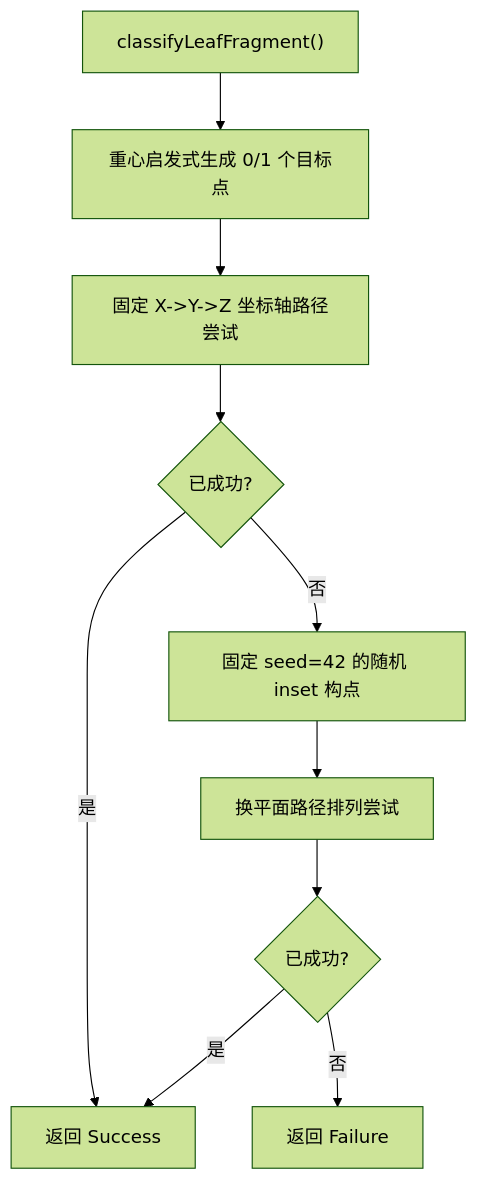
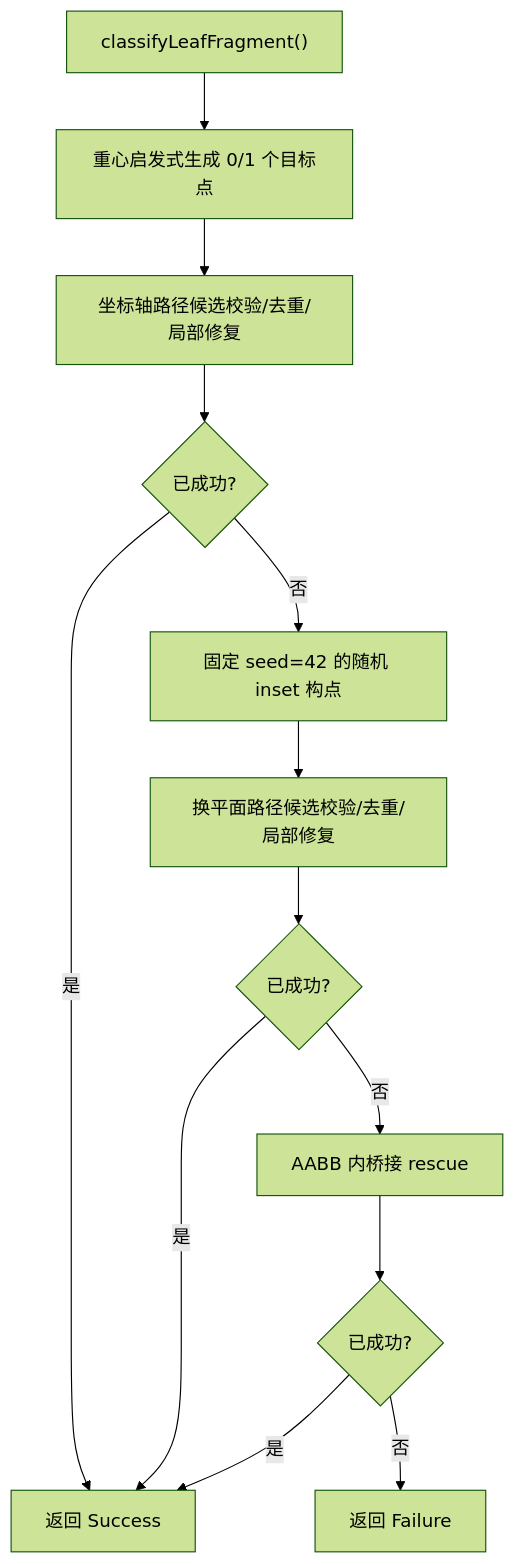
The tenth of 11 diagrams in docs/core-logic-flow.md (SDU-YueQiu/re-EMBER), drawn with Mermaid (forest theme) before and after one commit. The commit also changed other lines of this file and 7 other files, not shown here.

````diff
--- a/docs/core-logic-flow.md
+++ b/docs/core-logic-flow.md
@@ -314,12 +314,15 @@
 ```mermaid
 flowchart TD
     A["classifyLeafFragment()"] --> B["重心启发式生成 0/1 个目标点"]
-    B --> C["固定 X->Y->Z 坐标轴路径尝试"]
+    B --> C["坐标轴路径候选校验/去重/局部修复"]
     C --> D{"已成功?"}
     D -->|是| E["返回 Success"]
     D -->|否| F["固定 seed=42 的随机 inset 构点"]
-    F --> G["换平面路径排列尝试"]
+    F --> G["换平面路径候选校验/去重/局部修复"]
     G --> H{"已成功?"}
     H -->|是| E
-    H -->|否| J["返回 Failure"]
+    H -->|否| I["AABB 内桥接 rescue"]
+    I --> K{"已成功?"}
+    K -->|是| E
+    K -->|否| J["返回 Failure"]
 ```
````
